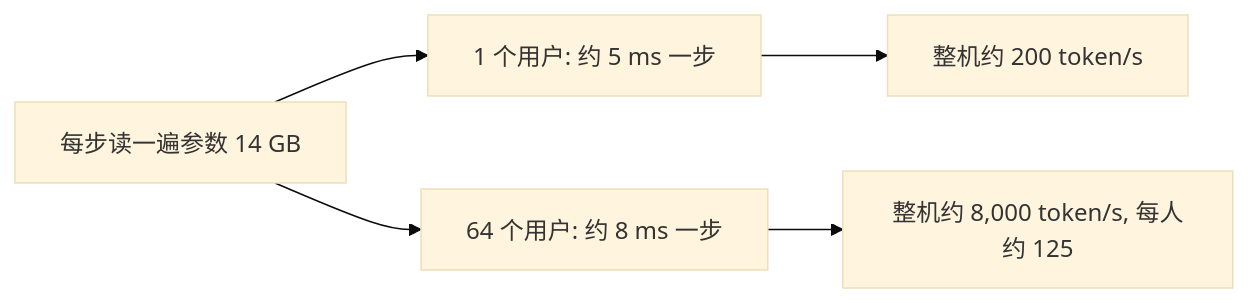
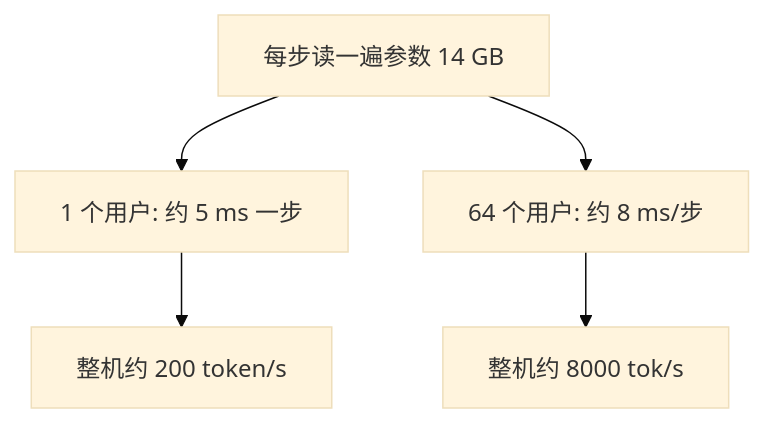
The diagram in vault/domains/llm-inference/cards/basics/li-basics-inference-serving-batching-intuition.md (ChiChasesCheese/trellis), drawn with Mermaid (base theme) before and after one commit. The commit also changed 27 other files, not shown here.

First line of the commit message:
Cerebras HM prep: phone-sized diagrams and two corrected facts in the 100 cards for the hiring-manager round

````diff
--- a/vault/domains/llm-inference/cards/basics/li-basics-inference-serving-batching-intuition.md
+++ b/vault/domains/llm-inference/cards/basics/li-basics-inference-serving-batching-intuition.md
@@ -20,7 +20,7 @@
 ```mermaid
-flowchart LR
+flowchart TD
     W["每步读一遍参数 14 GB"] --> S1["1 个用户: 约 5 ms 一步"]
     S1 --> T1["整机约 200 token/s"]
-    W --> S64["64 个用户: 约 8 ms 一步"]
-    S64 --> T64["整机约 8,000 token/s, 每人约 125"]
+    W --> S64["64 个用户: 约 8 ms/步"]
+    S64 --> T64["整机约 8000 tok/s"]
 ```
````
